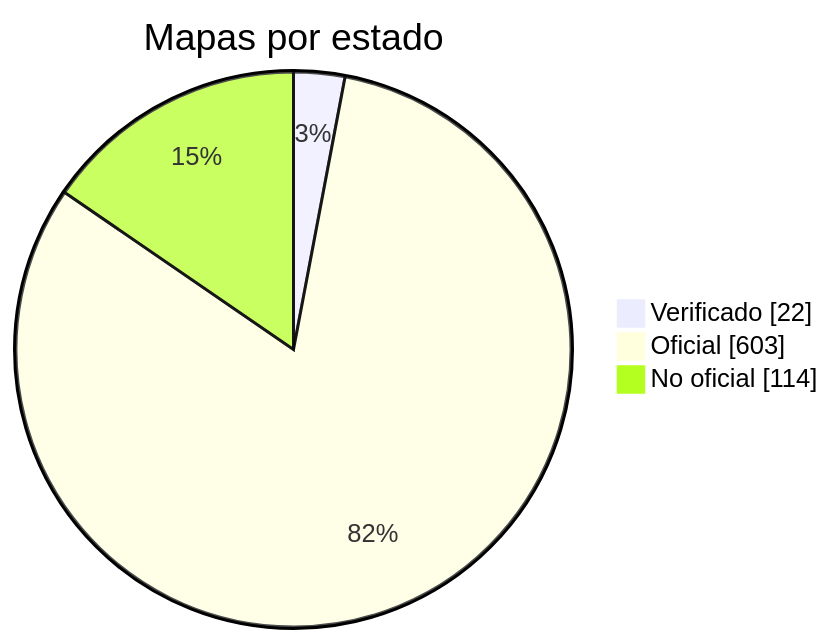
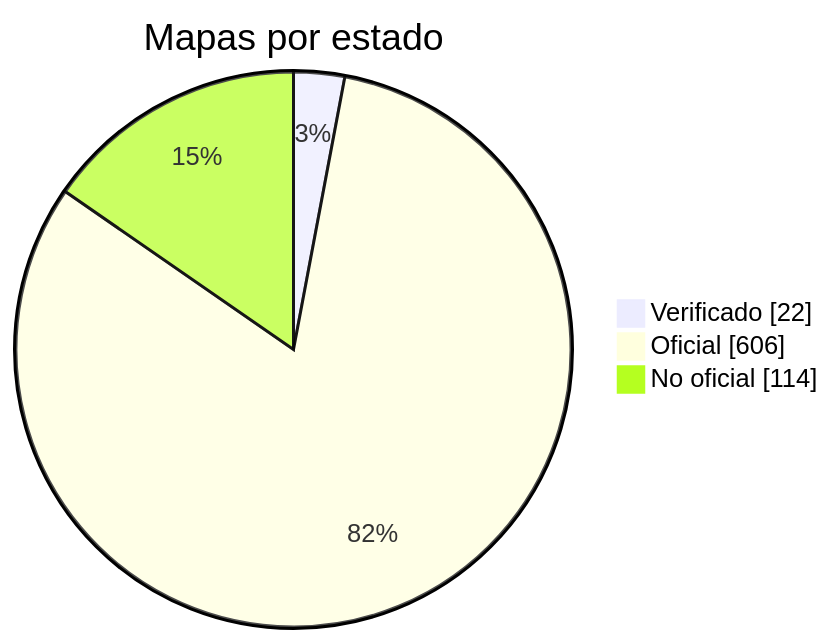
Before and after one commit to nobrega8/mbmap-library: the diagram in docs/readme/README_ES.md, drawn with Mermaid. The commit also changed 8 other files, not shown here.

````diff
--- a/docs/readme/README_ES.md
+++ b/docs/readme/README_ES.md
@@ -54,7 +54,7 @@
 ```mermaid
 pie showData
     title Mapas por estado
     "Verificado" : 22
-    "Oficial" : 603
+    "Oficial" : 606
     "No oficial" : 114
 ```
````
